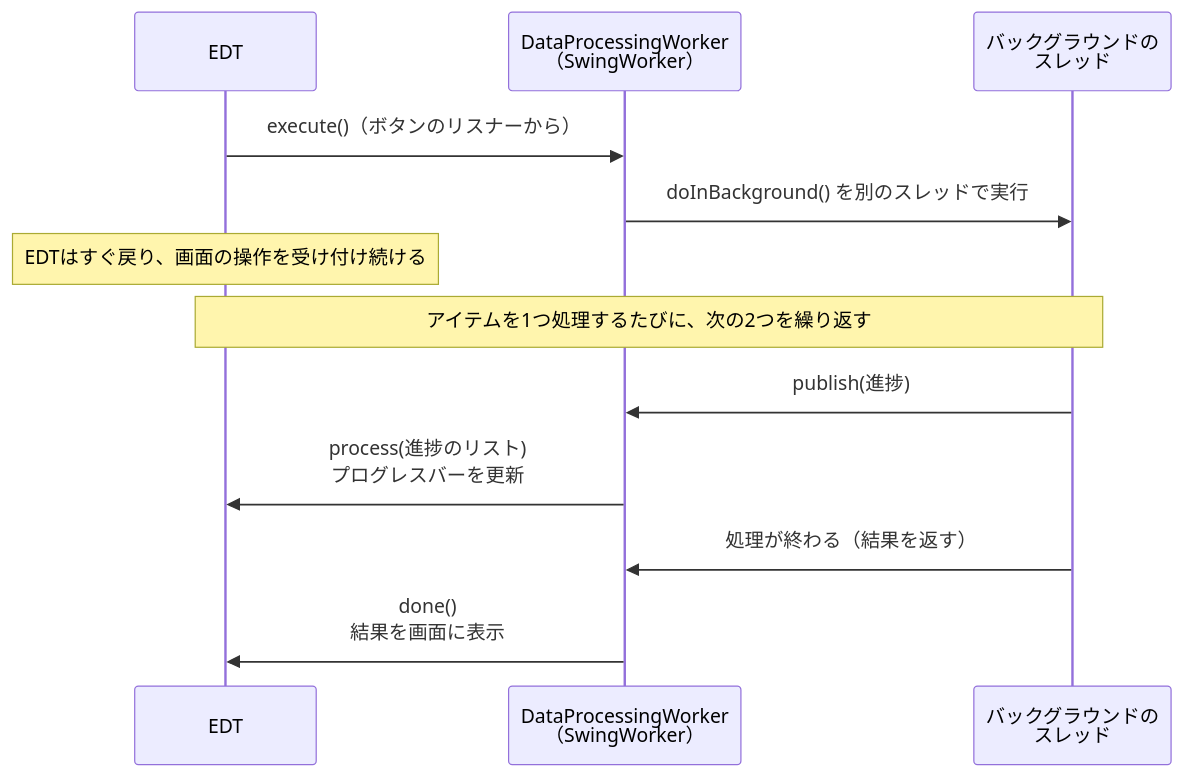
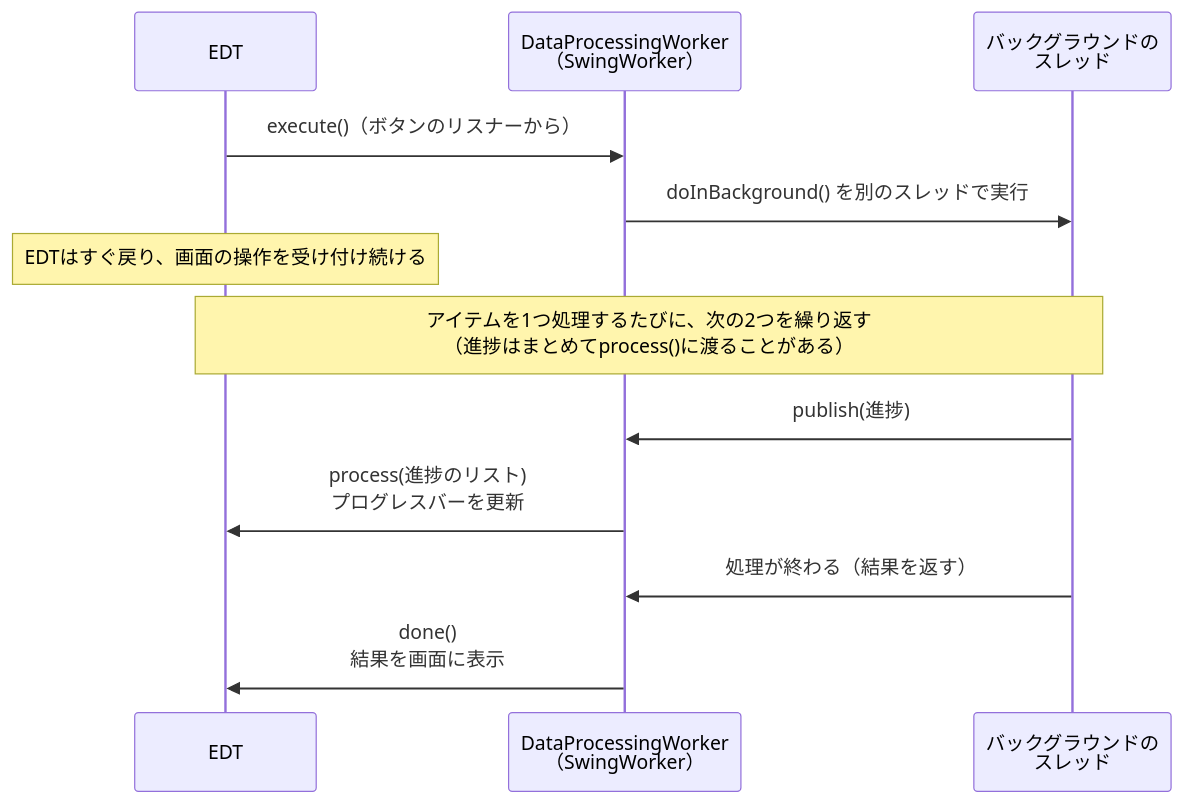
Before and after one commit to Nagatani/techbook-java-primer: the diagram in docs/diagrams/chapter19-swingworker.mmd, drawn with Mermaid. The commit also changed 34 other files, not shown here.

First line of the commit message:
fix: 第17〜26章を校閲し、技術的な誤り・図の食い違い・表記を直す

```diff
--- a/docs/diagrams/chapter19-swingworker.mmd
+++ b/docs/diagrams/chapter19-swingworker.mmd
@@ -1,13 +1,13 @@
 sequenceDiagram
     participant EDT as EDT
     participant W as DataProcessingWorker<br/>（SwingWorker）
     participant BG as バックグラウンドの<br/>スレッド
 
     EDT->>W: execute()（ボタンのリスナーから）
     W->>BG: doInBackground() を別のスレッドで実行
     Note over EDT: EDTはすぐ戻り、画面の操作を受け付け続ける
-    Note over EDT,BG: アイテムを1つ処理するたびに、次の2つを繰り返す
+    Note over EDT,BG: アイテムを1つ処理するたびに、次の2つを繰り返す<br/>（進捗はまとめてprocess()に渡ることがある）
     BG->>W: publish(進捗)
     W->>EDT: process(進捗のリスト)<br/>プログレスバーを更新
     BG->>W: 処理が終わる（結果を返す）
     W->>EDT: done()<br/>結果を画面に表示
```
